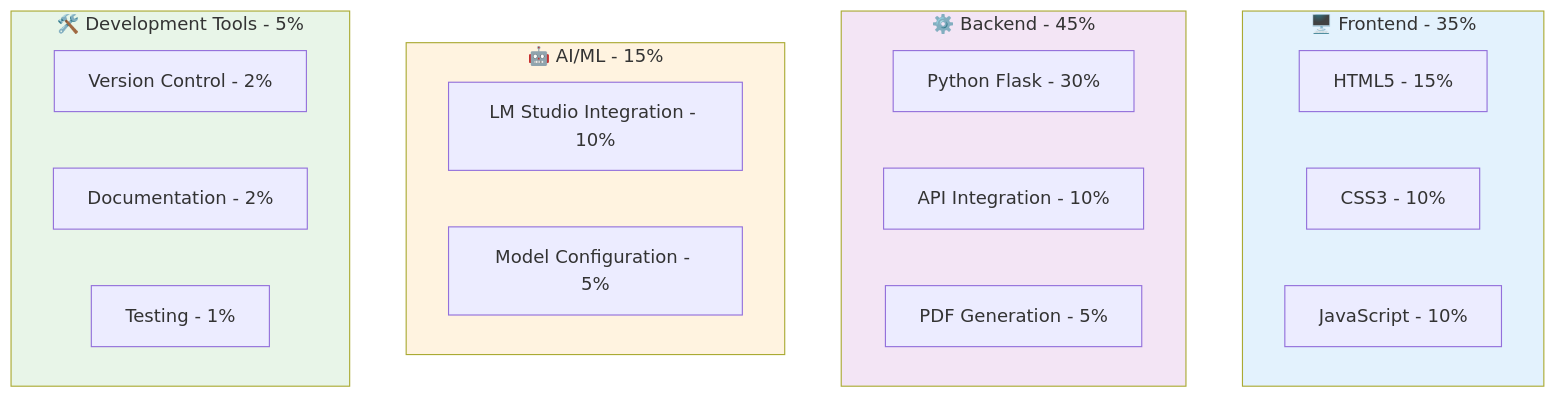
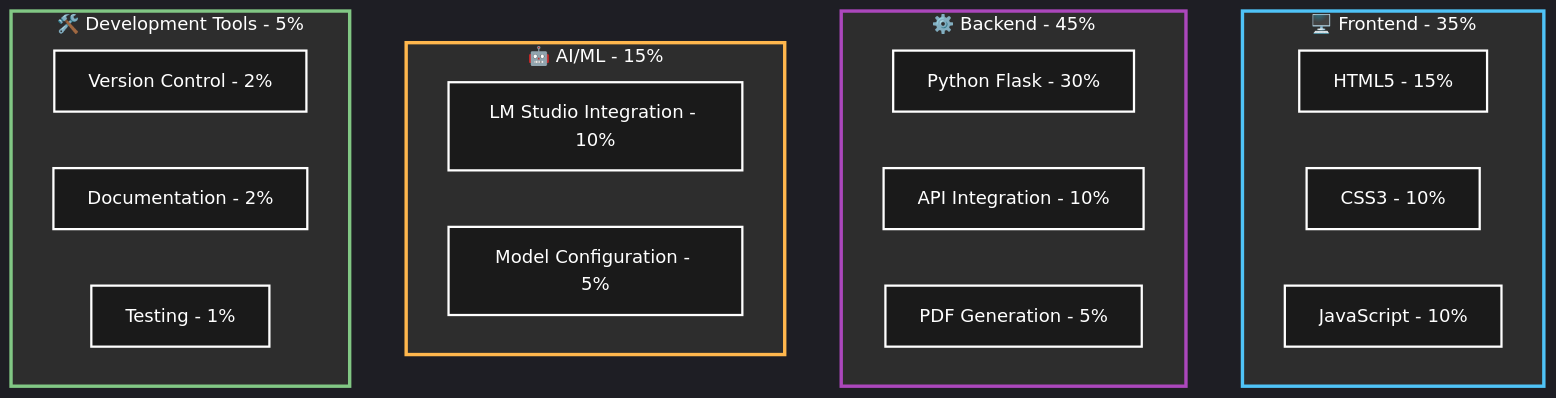
Before and after one commit to Ping-2o/daryn: diagram 11 of 12 in README.md, drawn with Mermaid. The commit also changed other lines of this file, not shown here.

````diff
--- a/README.md
+++ b/README.md
@@ -510,30 +530,42 @@
 ```mermaid
+%%{init: {'theme':'dark', 'themeVariables': {'primaryColor':'#1a1a1a','primaryTextColor':'#ffffff','primaryBorderColor':'#ffffff','lineColor':'#ffffff','secondaryColor':'#2d2d2d','tertiaryColor':'#404040','background':'#1a1a1a','mainBkg':'#1a1a1a','secondBkg':'#2d2d2d','tertiaryBkg':'#404040'}}}%%
 graph TB
     subgraph Frontend["🖥️ Frontend - 35%"]
-        A1[HTML5 - 15%]
-        A2[CSS3 - 10%]
-        A3[JavaScript - 10%]
+        A1["HTML5 - 15%"]
+        A2["CSS3 - 10%"]
+        A3["JavaScript - 10%"]
     end
     
     subgraph Backend["⚙️ Backend - 45%"]
-        B1[Python Flask - 30%]
-        B2[API Integration - 10%]
-        B3[PDF Generation - 5%]
+        B1["Python Flask - 30%"]
+        B2["API Integration - 10%"]
+        B3["PDF Generation - 5%"]
     end
     
     subgraph AI_ML["🤖 AI/ML - 15%"]
-        C1[LM Studio Integration - 10%]
-        C2[Model Configuration - 5%]
+        C1["LM Studio Integration - 10%"]
+        C2["Model Configuration - 5%"]
     end
     
     subgraph Tools["🛠️ Development Tools - 5%"]
-        D1[Version Control - 2%]
-        D2[Documentation - 2%]
-        D3[Testing - 1%]
+        D1["Version Control - 2%"]
+        D2["Documentation - 2%"]
+        D3["Testing - 1%"]
     end
     
-    style Frontend fill:#e3f2fd
-    style Backend fill:#f3e5f5
-    style AI_ML fill:#fff3e0
-    style Tools fill:#e8f5e8
+    style A1 fill:#1a1a1a,stroke:#ffffff,stroke-width:2px,color:#ffffff
+    style A2 fill:#1a1a1a,stroke:#ffffff,stroke-width:2px,color:#ffffff
+    style A3 fill:#1a1a1a,stroke:#ffffff,stroke-width:2px,color:#ffffff
+    style B1 fill:#1a1a1a,stroke:#ffffff,stroke-width:2px,color:#ffffff
+    style B2 fill:#1a1a1a,stroke:#ffffff,stroke-width:2px,color:#ffffff
+    style B3 fill:#1a1a1a,stroke:#ffffff,stroke-width:2px,color:#ffffff
+    style C1 fill:#1a1a1a,stroke:#ffffff,stroke-width:2px,color:#ffffff
+    style C2 fill:#1a1a1a,stroke:#ffffff,stroke-width:2px,color:#ffffff
+    style D1 fill:#1a1a1a,stroke:#ffffff,stroke-width:2px,color:#ffffff
+    style D2 fill:#1a1a1a,stroke:#ffffff,stroke-width:2px,color:#ffffff
+    style D3 fill:#1a1a1a,stroke:#ffffff,stroke-width:2px,color:#ffffff
+    style Frontend fill:#2d2d2d,stroke:#4fc3f7,stroke-width:3px,color:#ffffff
+    style Backend fill:#2d2d2d,stroke:#ab47bc,stroke-width:3px,color:#ffffff
+    style AI_ML fill:#2d2d2d,stroke:#ffb74d,stroke-width:3px,color:#ffffff
+    style Tools fill:#2d2d2d,stroke:#81c784,stroke-width:3px,color:#ffffff
 ```
````
